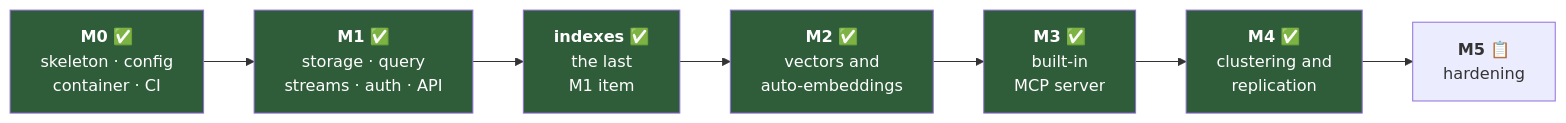
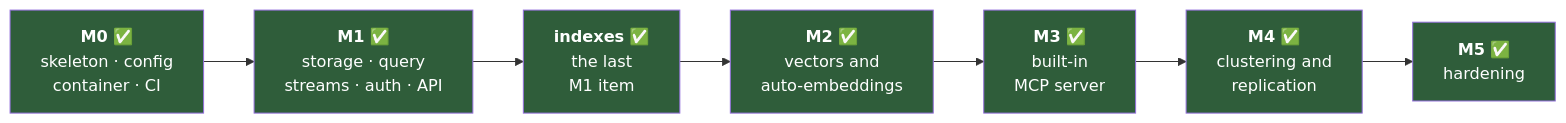
Before and after one commit to titusai-io/kimmydb: the first of 3 diagrams in docs/roadmap.md, drawn with Mermaid. The commit also changed other lines of this file and 10 other files, not shown here.

````diff
--- a/docs/roadmap.md
+++ b/docs/roadmap.md
@@ -12,19 +12,20 @@
 ```mermaid
 graph LR
     M0["<b>M0</b> ✅<br/>skeleton · config<br/>container · CI"]
     M1["<b>M1</b> ✅<br/>storage · query<br/>streams · auth · API"]
     IDX["<b>indexes</b> ✅<br/>the last<br/>M1 item"]
     M2["<b>M2</b> ✅<br/>vectors and<br/>auto-embeddings"]
     M3["<b>M3</b> ✅<br/>built-in<br/>MCP server"]
     M4["<b>M4</b> ✅<br/>clustering and<br/>replication"]
-    M5["<b>M5</b> 📋<br/>hardening"]
+    M5["<b>M5</b> ✅<br/>hardening"]
 
     M0 --> M1 --> IDX --> M2 --> M3 --> M4 --> M5
 
     style M0 fill:#2f5d3a,color:#fff
     style M1 fill:#2f5d3a,color:#fff
     style IDX fill:#2f5d3a,color:#fff
     style M2 fill:#2f5d3a,color:#fff
     style M3 fill:#2f5d3a,color:#fff
     style M4 fill:#2f5d3a,color:#fff
+    style M5 fill:#2f5d3a,color:#fff
 ```
````
